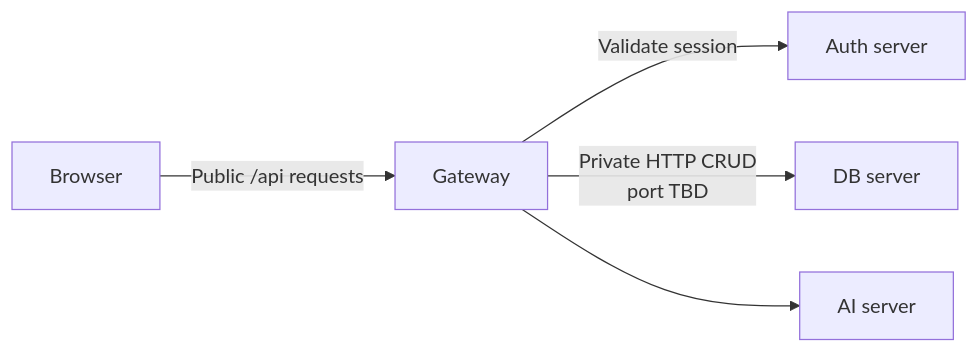
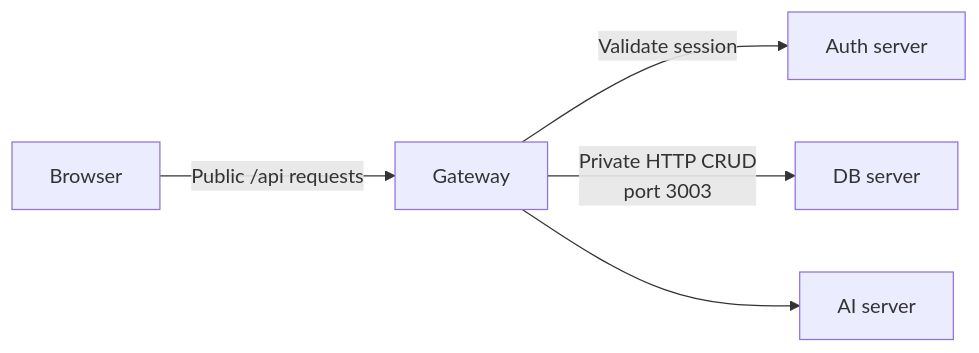
The diagram in docs/database-server.md (abt-bara/LinkedIn-Profile-Rating), drawn with Mermaid before and after one commit. The commit also changed other lines of this file and 23 other files, not shown here.

````diff
--- a/docs/database-server.md
+++ b/docs/database-server.md
@@ -19,7 +20,7 @@
 ```mermaid
 flowchart LR
   B[Browser] -->|Public /api requests| G[Gateway]
   G -->|Validate session| A[Auth server]
-  G -->|Private HTTP CRUD<br/>port TBD| DB[DB server]
+  G -->|Private HTTP CRUD<br/>port 3003| DB[DB server]
   G --> AI[AI server]
 ```
````
